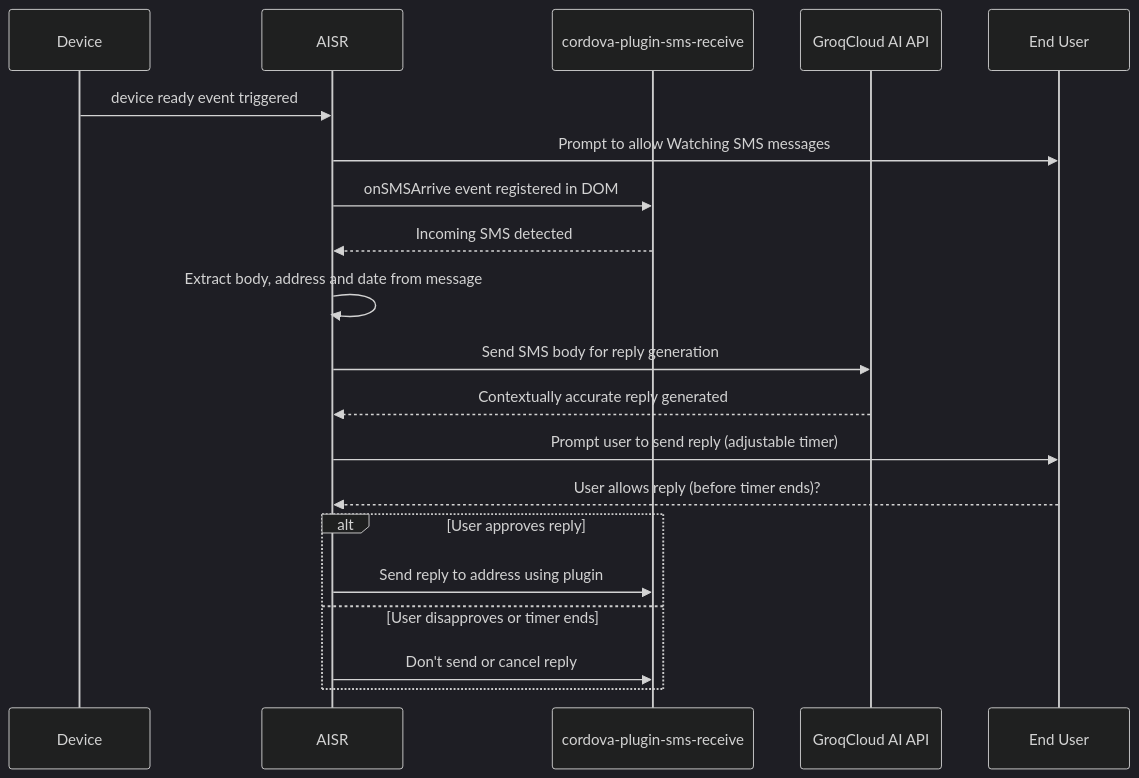
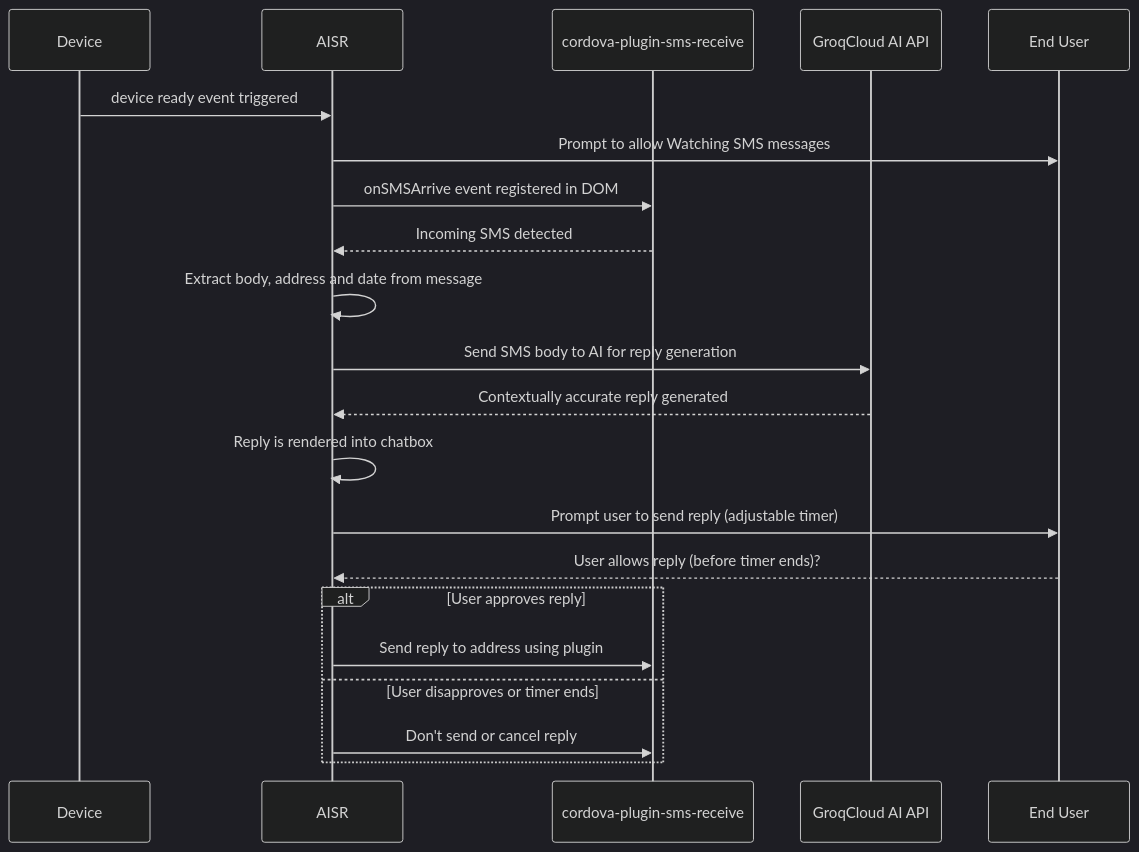
Before and after one commit to MurageKabui/AISR: the diagram in README.md, drawn with Mermaid (dark theme).

````diff
--- a/README.md
+++ b/README.md
@@ -50,23 +50,24 @@
 ```mermaid
 sequenceDiagram
     participant Device as Device
     participant CordovaApp as AISR
     participant SMSReceive as cordova-plugin-sms-receive
     participant AI as GroqCloud AI API
     participant User as End User
 
     Device->>CordovaApp: device ready event triggered
     CordovaApp->>User: Prompt to allow Watching SMS messages
     CordovaApp->>SMSReceive: onSMSArrive event registered in DOM
     SMSReceive-->>CordovaApp: Incoming SMS detected
     CordovaApp->>CordovaApp: Extract body, address and date from message
-    CordovaApp->>AI: Send SMS body for reply generation
+    CordovaApp->>AI: Send SMS body to AI for reply generation
     AI-->>CordovaApp: Contextually accurate reply generated
+    CordovaApp->>CordovaApp: Reply is rendered into chatbox
     CordovaApp->>User: Prompt user to send reply (adjustable timer)
     User-->>CordovaApp: User allows reply (before timer ends)?
     alt User approves reply
         CordovaApp->>SMSReceive: Send reply to address using plugin
     else User disapproves or timer ends
         CordovaApp->>SMSReceive: Don't send or cancel reply
     end
 ```
````
